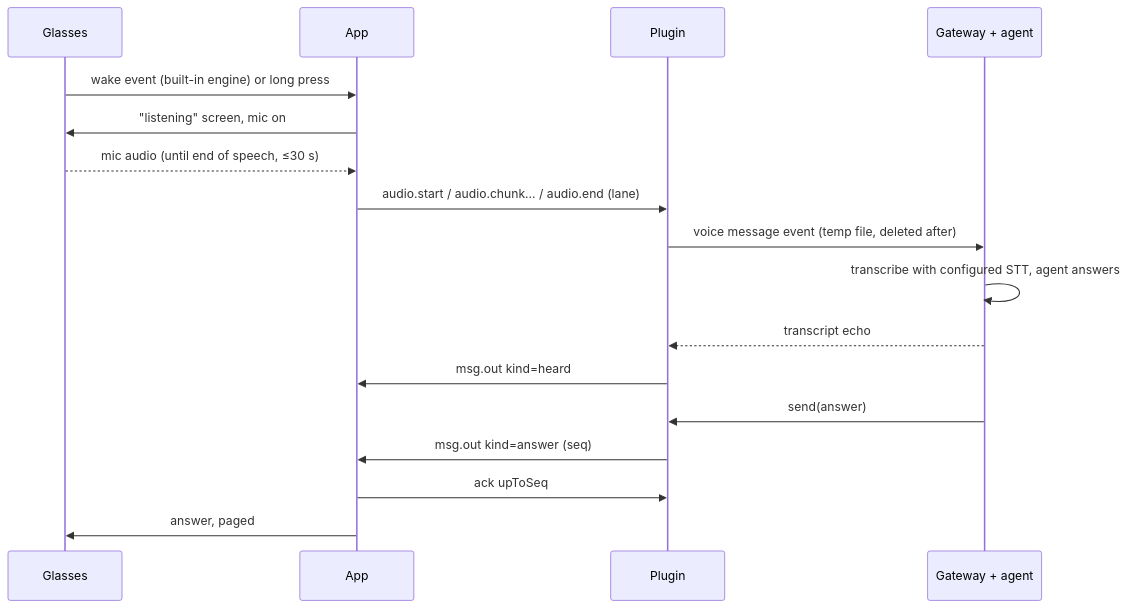
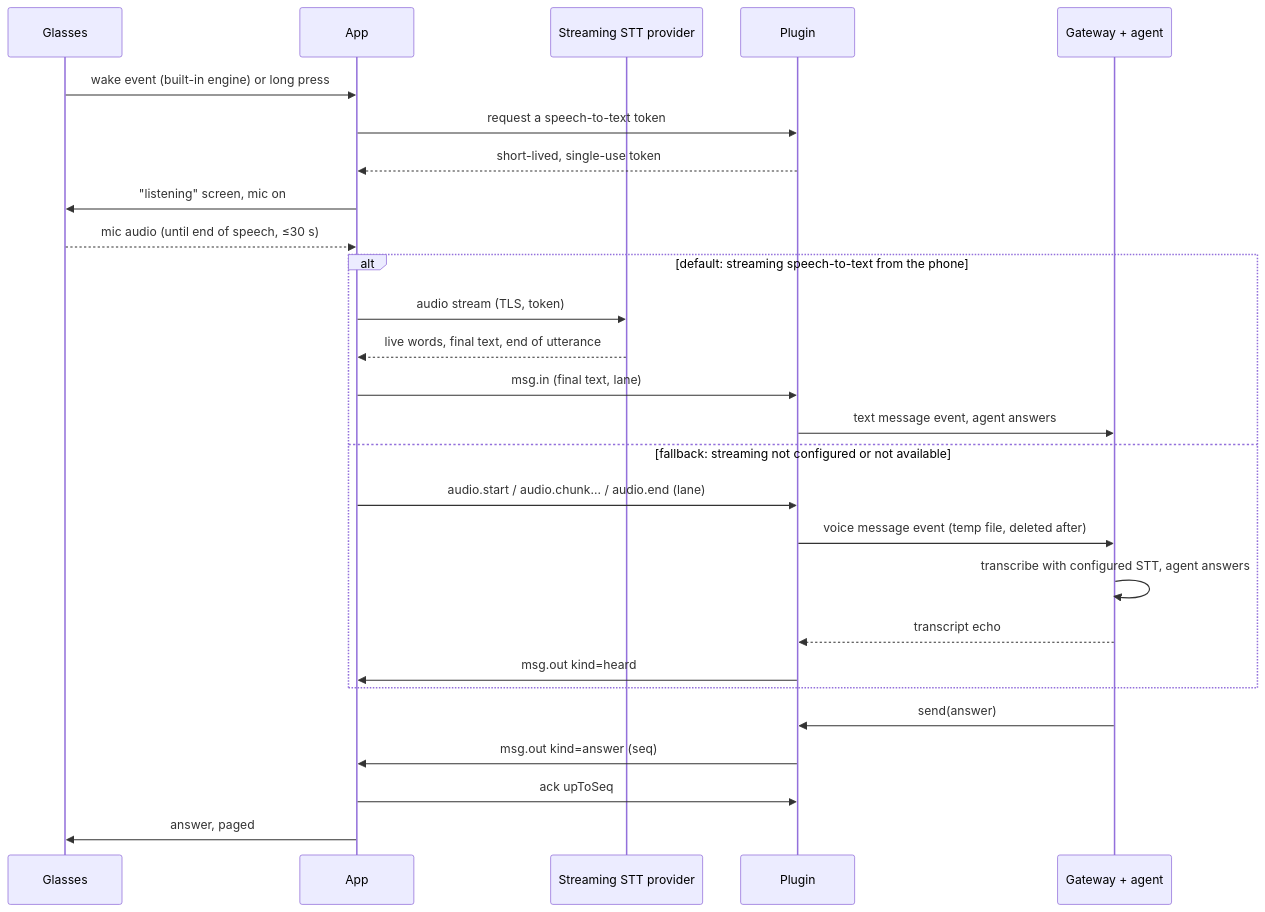
Before and after one commit to St34x/Wayfinch: the second of 2 diagrams in docs/architecture.md, drawn with Mermaid. The commit also changed other lines of this file and 107 other files, not shown here.

````diff
--- a/docs/architecture.md
+++ b/docs/architecture.md
@@ -84,19 +90,29 @@
 ```mermaid
 sequenceDiagram
     participant G as Glasses
     participant A as App
+    participant S as Streaming STT provider
     participant P as Plugin
     participant H as Gateway + agent
     G->>A: wake event (built-in engine) or long press
+    A->>P: request a speech-to-text token
+    P-->>A: short-lived, single-use token
     A->>G: "listening" screen, mic on
     G-->>A: mic audio (until end of speech, ≤30 s)
-    A->>P: audio.start / audio.chunk… / audio.end (lane)
-    P->>H: voice message event (temp file, deleted after)
-    H->>H: transcribe with configured STT, agent answers
-    H-->>P: transcript echo
-    P->>A: msg.out kind=heard
+    alt default: streaming speech-to-text from the phone
+        A->>S: audio stream (TLS, token)
+        S-->>A: live words, final text, end of utterance
+        A->>P: msg.in (final text, lane)
+        P->>H: text message event, agent answers
+    else fallback: streaming not configured or not available
+        A->>P: audio.start / audio.chunk… / audio.end (lane)
+        P->>H: voice message event (temp file, deleted after)
+        H->>H: transcribe with configured STT, agent answers
+        H-->>P: transcript echo
+        P->>A: msg.out kind=heard
+    end
     H->>P: send(answer)
     P->>A: msg.out kind=answer (seq)
     A->>P: ack upToSeq
     A->>G: answer, paged
 ```
````
